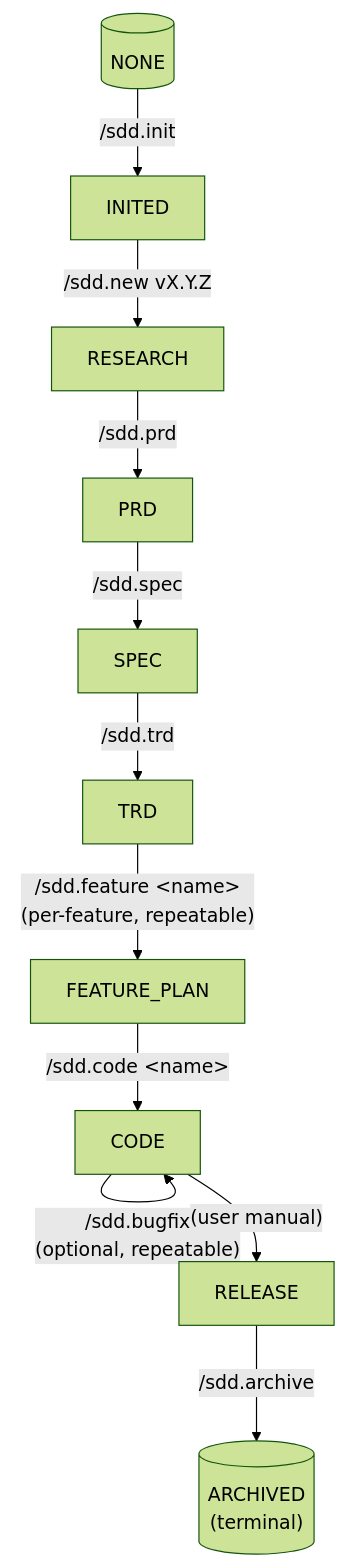
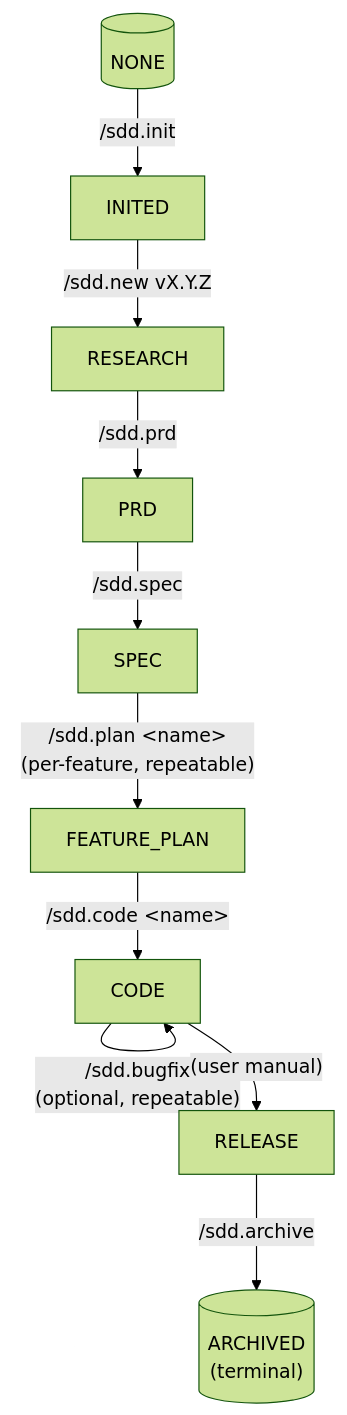
Before and after one commit to dachang364-tech/SDD-Land-Spec: the diagram in docs/superpowers/specs/2026-07-07-sdd-codeagent-plugin-design.md, drawn with Mermaid (forest theme). The commit also changed other lines of this file, not shown here.

First line of the commit message:
砍 TRD：去掉 /sdd.trd 与 /sdd.feature，重命名为 /sdd.plan

````diff
--- a/docs/superpowers/specs/2026-07-07-sdd-codeagent-plugin-design.md
+++ b/docs/superpowers/specs/2026-07-07-sdd-codeagent-plugin-design.md
@@ -103,13 +99,12 @@
 ```mermaid
 flowchart TD
     NONE[("NONE")] -- /sdd.init --> INITED["INITED"]
     INITED -- "/sdd.new vX.Y.Z" --> RESEARCH["RESEARCH"]
     RESEARCH -- /sdd.prd --> PRD["PRD"]
     PRD -- /sdd.spec --> SPEC["SPEC"]
-    SPEC -- /sdd.trd --> TRD["TRD"]
-    TRD -- "/sdd.feature &lt;name&gt;<br/>(per-feature, repeatable)" --> FEATURE_PLAN["FEATURE_PLAN"]
+    SPEC -- "/sdd.plan &lt;name&gt;<br/>(per-feature, repeatable)" --> FEATURE_PLAN["FEATURE_PLAN"]
     FEATURE_PLAN -- "/sdd.code &lt;name&gt;" --> CODE["CODE"]
     CODE -- "/sdd.bugfix<br/>(optional, repeatable)" --> CODE
     CODE -- "(user manual)" --> RELEASE["RELEASE"]
     RELEASE -- /sdd.archive --> ARCHIVED[("ARCHIVED<br/>(terminal)")]
 ```
````
